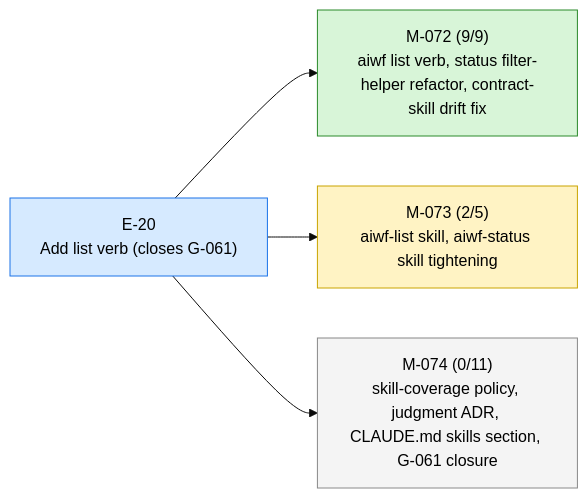
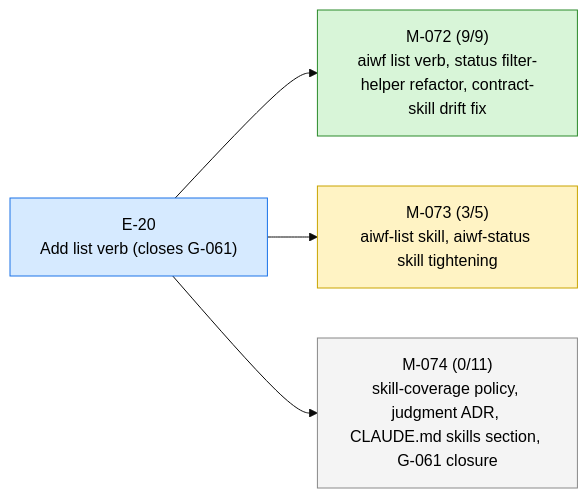
One commit to 23min/aiwf changed the first of 2 diagrams in STATUS.md. Above: the diagram before and after it, drawn with Mermaid (base theme). The commit also changed other lines of this file and 1 other file, not shown here.

First line of the commit message:
aiwf promote M-073/AC-3 open -> met

````diff
--- a/STATUS.md
+++ b/STATUS.md
@@ -13,16 +13,16 @@
 ```mermaid
 flowchart LR
   E_20["E-20<br/>Add list verb (closes G-061)"]:::epic_active
   M_072["M-072 (9/9)<br/>aiwf list verb, status filter-helper refactor, contract-skill drift fix"]:::ms_done
   E_20 --> M_072
-  M_073["M-073 (2/5)<br/>aiwf-list skill, aiwf-status skill tightening"]:::ms_in_progress
+  M_073["M-073 (3/5)<br/>aiwf-list skill, aiwf-status skill tightening"]:::ms_in_progress
   E_20 --> M_073
   M_074["M-074 (0/11)<br/>skill-coverage policy, judgment ADR, CLAUDE.md skills section, G-061 closure"]:::ms_draft
   E_20 --> M_074
   classDef epic_active fill:#d6eaff,stroke:#1a73e8,color:#000
   classDef epic_proposed fill:#f4f4f4,stroke:#888,color:#000
   classDef ms_done fill:#d8f5d8,stroke:#2a8a2a,color:#000
   classDef ms_in_progress fill:#fff3c4,stroke:#caa400,color:#000
   classDef ms_draft fill:#f4f4f4,stroke:#888,color:#000
   classDef ms_cancelled fill:#fbeaea,stroke:#c33,color:#000
 ```
````
